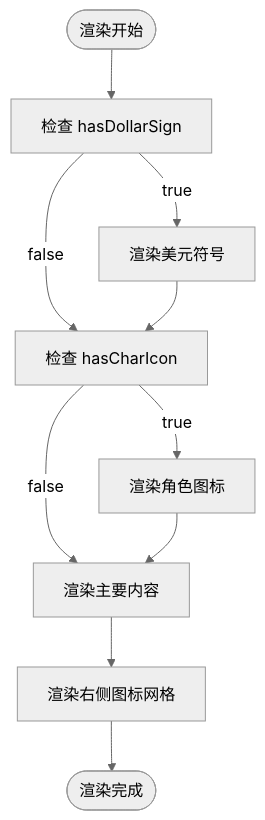
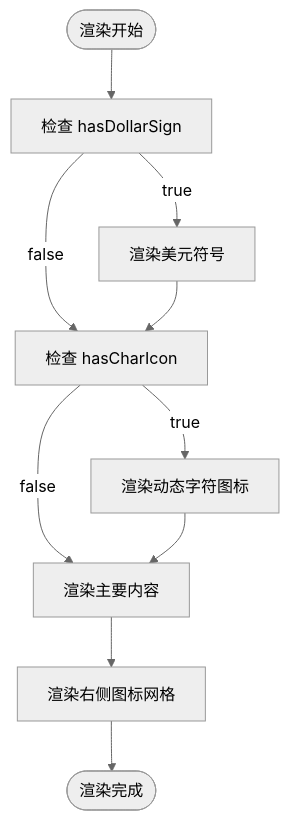
The seventh of 9 diagrams in .qoder/repowiki/zh/content/核心组件/ActivityBar 活动条目组件.md (xuanyulingnfeg/gameCalendar), drawn with Mermaid (neutral theme) before and after one commit. The commit also changed other lines of this file and 7 other files, not shown here.

````diff
--- a/.qoder/repowiki/zh/content/核心组件/ActivityBar 活动条目组件.md
+++ b/.qoder/repowiki/zh/content/核心组件/ActivityBar 活动条目组件.md
@@ -298,12 +345,12 @@
 ```mermaid
 flowchart TD
 Start([渲染开始]) --> CheckDollar["检查 hasDollarSign"]
 CheckDollar --> |true| RenderDollar["渲染美元符号"]
 CheckDollar --> |false| CheckChar["检查 hasCharIcon"]
 RenderDollar --> CheckChar
-CheckChar --> |true| RenderChar["渲染角色图标"]
+CheckChar --> |true| RenderChar["渲染动态字符图标"]
 CheckChar --> |false| RenderContent["渲染主要内容"]
 RenderChar --> RenderContent
 RenderContent --> RenderIcons["渲染右侧图标网格"]
 RenderIcons --> End([渲染完成])
 ```
````
